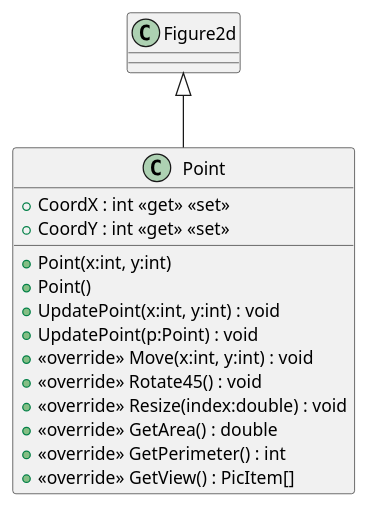
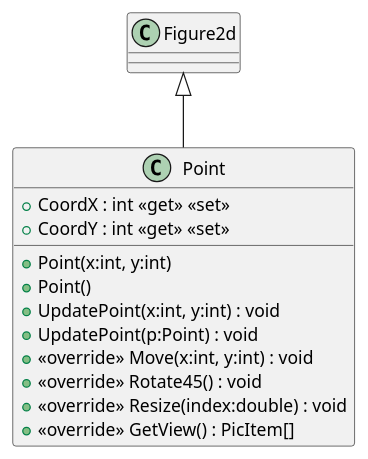
The diagram in plantuml/20240701_HW_Inheritence/Point.puml (19vano97/levelUpOOP), drawn with PlantUML before and after one commit. The commit also changed 40 other files, not shown here.

```diff
--- a/plantuml/20240701_HW_Inheritence/Point.puml
+++ b/plantuml/20240701_HW_Inheritence/Point.puml
@@ -1,17 +1,15 @@
 @startuml
 class Point {
     + Point(x:int, y:int)
     + Point()
     + CoordX : int <<get>> <<set>>
     + CoordY : int <<get>> <<set>>
     + UpdatePoint(x:int, y:int) : void
     + UpdatePoint(p:Point) : void
     + <<override>> Move(x:int, y:int) : void
     + <<override>> Rotate45() : void
     + <<override>> Resize(index:double) : void
-    + <<override>> GetArea() : double
-    + <<override>> GetPerimeter() : int
     + <<override>> GetView() : PicItem[]
 }
 Figure2d <|-- Point
 @enduml
```
